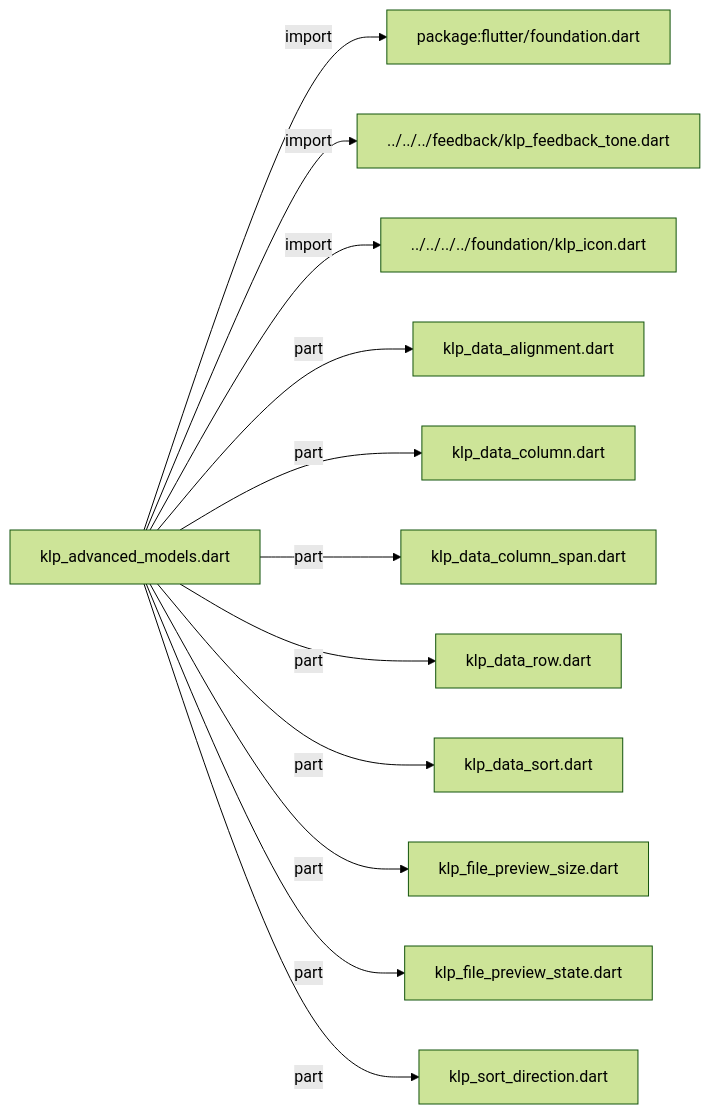
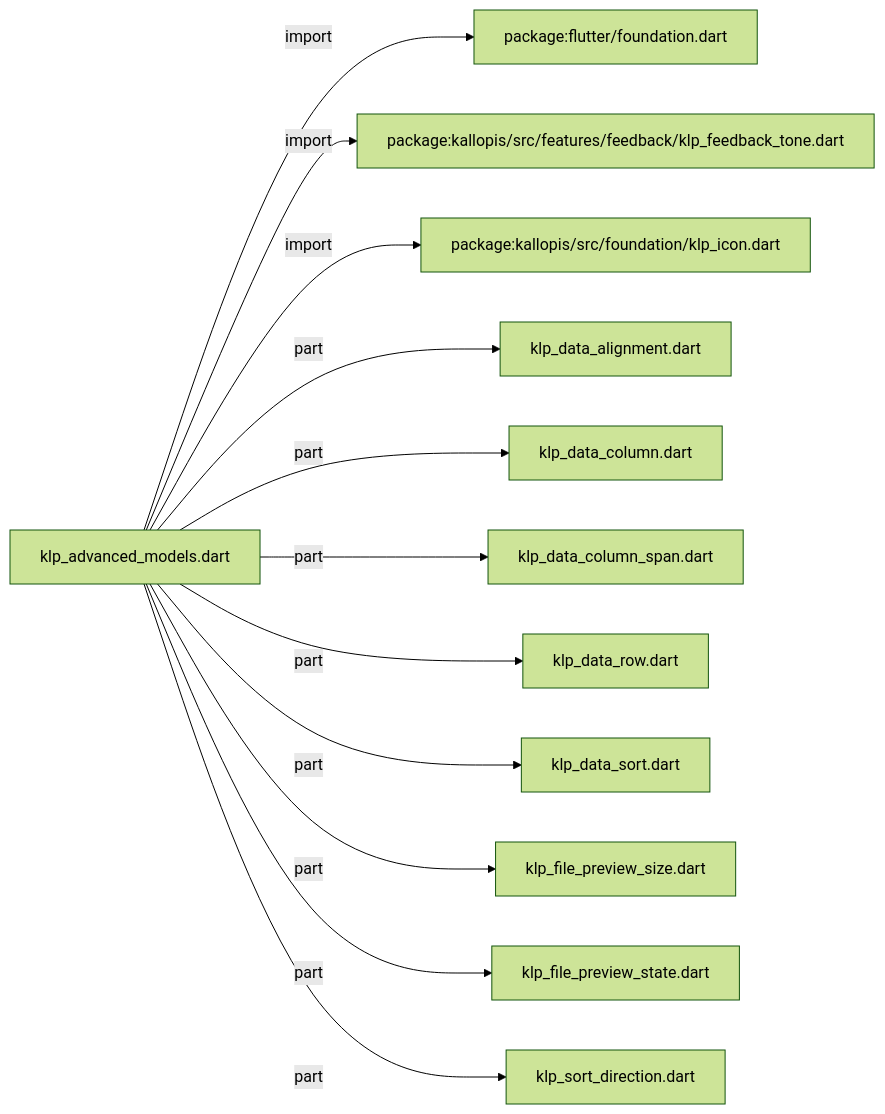
One commit to MiuDog/Kallopis changed the first of 2 diagrams in docs/architecture/src/features/collections/advanced/models/klp_advanced_models.md. Above: the diagram before and after it, drawn with Mermaid (forest theme). The commit also changed other lines of this file and 9688 other files, not shown here.

Commit message:
Prepare isolated Flow F2 peer baseline

````diff
--- a/docs/architecture/src/features/collections/advanced/models/klp_advanced_models.md
+++ b/docs/architecture/src/features/collections/advanced/models/klp_advanced_models.md
@@ -11,26 +11,26 @@
 ```mermaid
 flowchart LR
 	n0["klp_advanced_models.dart"]
 	n1["package:flutter/foundation.dart"]
-	n2["../../../feedback/klp_feedback_tone.dart"]
-	n3["../../../../foundation/klp_icon.dart"]
+	n2["package:kallopis/src/features/feedback/klp_feedback_tone.dart"]
+	n3["package:kallopis/src/foundation/klp_icon.dart"]
 	n4["klp_data_alignment.dart"]
 	n5["klp_data_column.dart"]
 	n6["klp_data_column_span.dart"]
 	n7["klp_data_row.dart"]
 	n8["klp_data_sort.dart"]
 	n9["klp_file_preview_size.dart"]
 	n10["klp_file_preview_state.dart"]
 	n11["klp_sort_direction.dart"]
 	n0 -->|"import"| n1
 	n0 -->|"import"| n2
 	n0 -->|"import"| n3
 	n0 -->|"part"| n4
 	n0 -->|"part"| n5
 	n0 -->|"part"| n6
 	n0 -->|"part"| n7
 	n0 -->|"part"| n8
 	n0 -->|"part"| n9
 	n0 -->|"part"| n10
 	n0 -->|"part"| n11
 ```
````
